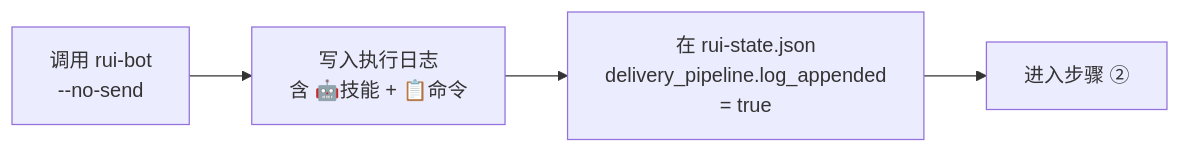
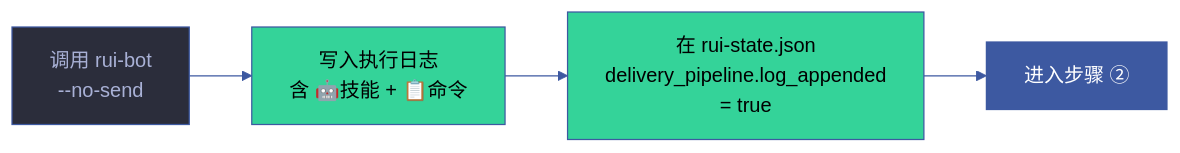
Before and after one commit to effiy/YrY: the second of 6 diagrams in skills/rui/rules/delivery-gate.md, drawn with Mermaid. The commit also changed other lines of this file and 1028 other files, not shown here.

````diff
--- a/skills/rui/rules/delivery-gate.md
+++ b/skills/rui/rules/delivery-gate.md
@@ -93,7 +117,19 @@
 ```mermaid
+%%{init: {'theme': 'base', 'themeVariables': {
+  'primaryColor': '#1e1f2b',
+  'primaryTextColor': '#a9b1d6',
+  'primaryBorderColor': '#3d59a1',
+  'lineColor': '#3d59a1',
+  'secondaryColor': '#2b2d3b',
+  'tertiaryColor': '#21232f'
+}}}%%
 flowchart LR
     CALL["调用 rui-bot<br/>--no-send"]:::step --> LOG["写入执行日志<br/>含 🤖技能 + 📋命令"]:::out
     LOG --> MARK["在 rui-state.json<br/>delivery_pipeline.log_appended<br/>= true"]:::mark
     MARK --> NEXT["进入步骤 ②"]:::next
 
+    classDef step fill:#2b2d3b,stroke:#3d59a1,color:#a9b1d6
+    classDef out fill:#34d399,color:#000
+    classDef mark fill:#34d399,color:#000
+    classDef next fill:#3d59a1,color:#fff
 ```
````
